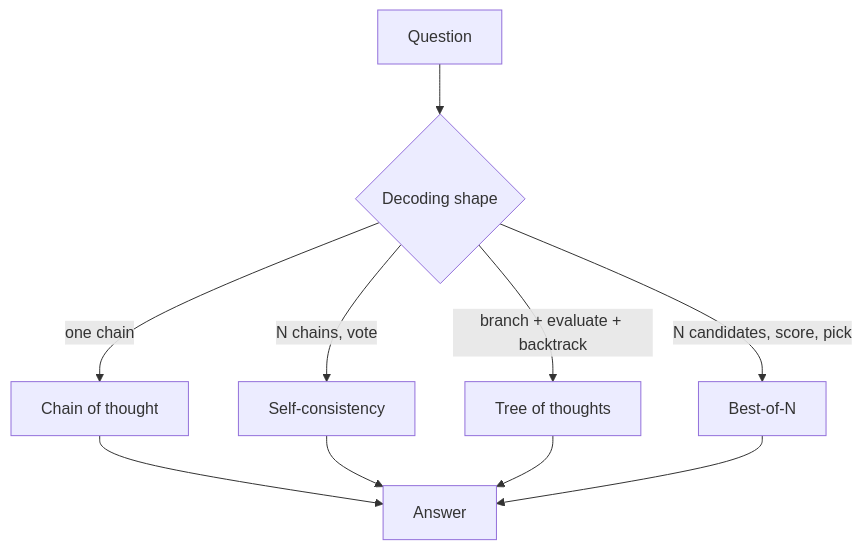
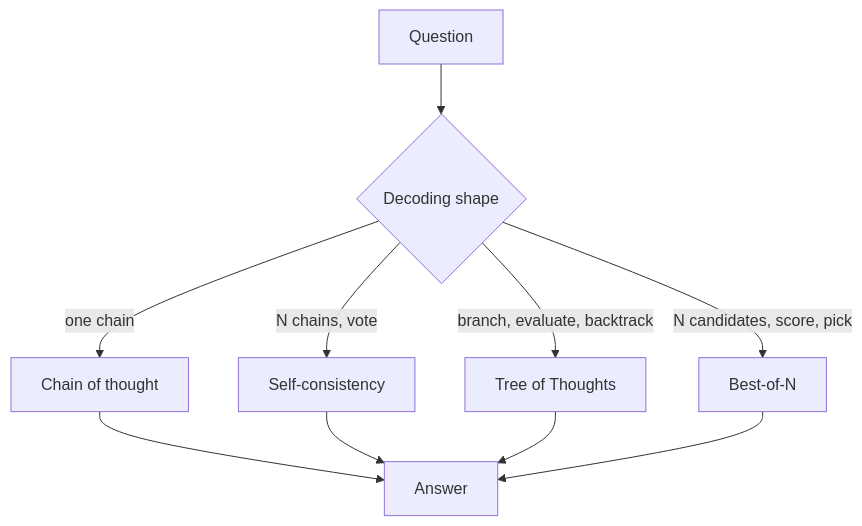
One commit to latere-ai/ai-as-an-infrastructure changed the first of 3 diagrams in en/p3-reasoning/13-eliciting-reasoning.qmd. Above: the diagram before and after it, drawn with Mermaid. The commit also changed other lines of this file and 73 other files, not shown here.

First line of the commit message:
book: add concept diagrams across all chapters, bilingual

````diff
--- a/en/p3-reasoning/13-eliciting-reasoning.qmd
+++ b/en/p3-reasoning/13-eliciting-reasoning.qmd
@@ -77,12 +77,14 @@
 ```{mermaid}
+%%| label: fig-eliciting-reasoning-shapes
+%%| fig-cap: "Four decoding shapes that elicit and select reasoning from a fixed model. Each spends more inference compute than greedy decoding, in a different structure."
 flowchart TB
   Q[Question] --> M{Decoding shape}
   M -->|one chain| CoT[Chain of thought]
   M -->|N chains, vote| SC[Self-consistency]
-  M -->|branch + evaluate + backtrack| ToT[Tree of thoughts]
+  M -->|branch, evaluate, backtrack| ToT[Tree of Thoughts]
   M -->|N candidates, score, pick| BoN[Best-of-N]
   CoT --> A[Answer]
   SC --> A
   ToT --> A
   BoN --> A
 ```
````
